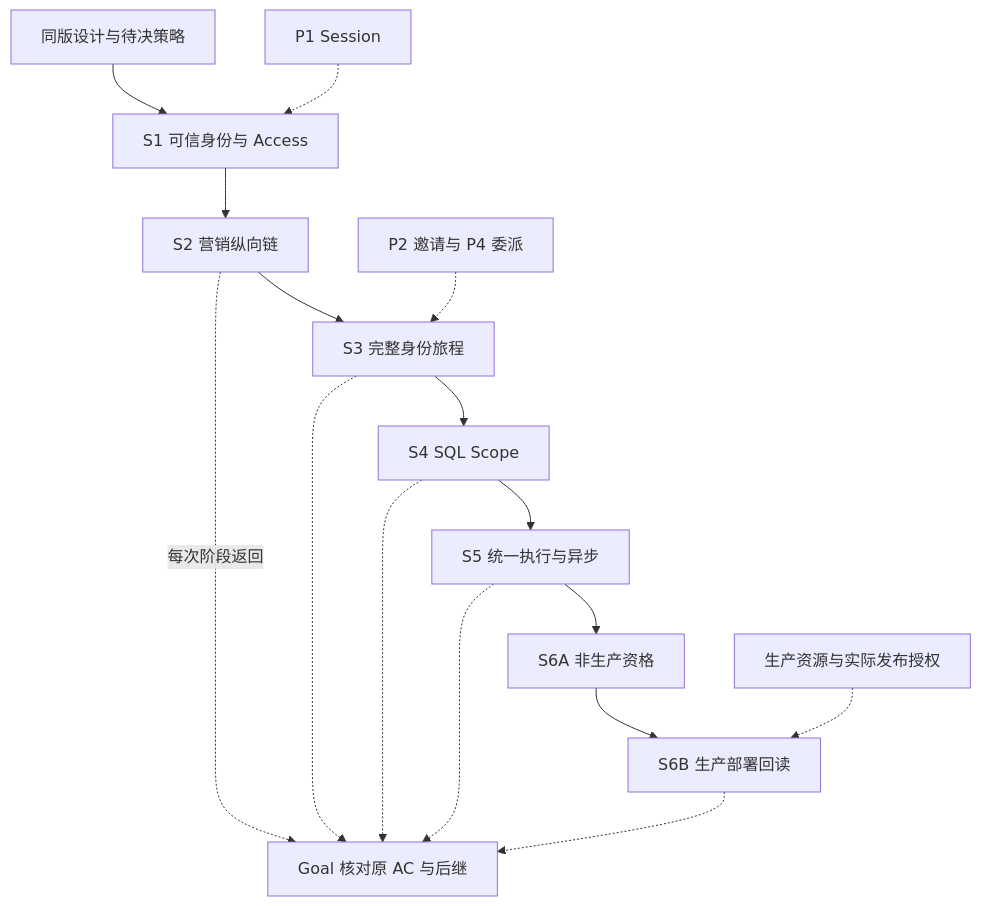
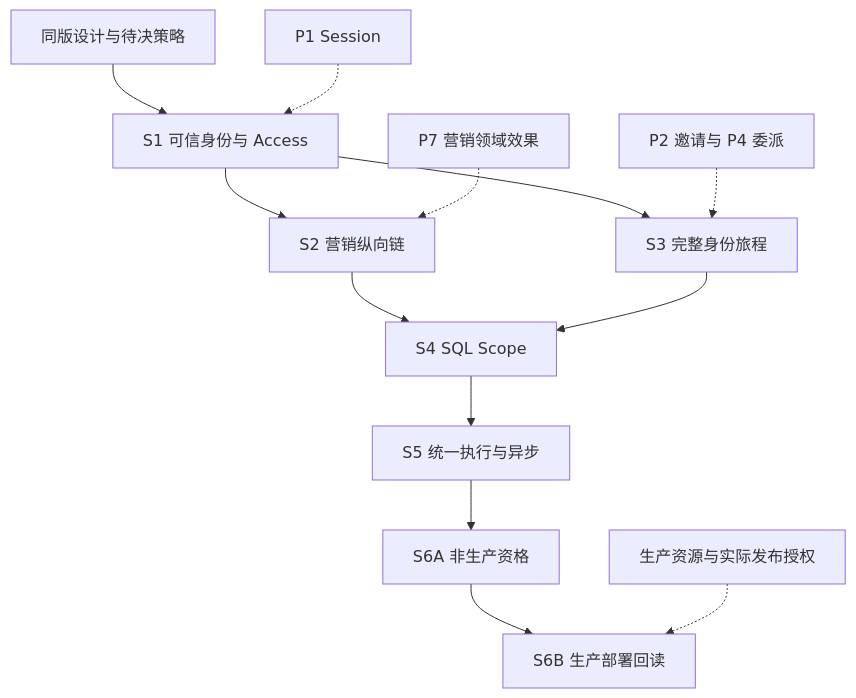
One commit to hvritual/cs-biz changed the diagram in doc/tasks/f-series/rounds/r002/flow.mmd. Above: the diagram before and after it, drawn with Mermaid. The commit also changed 17 other files, not shown here.

```diff
--- a/doc/tasks/f-series/rounds/r002/flow.mmd
+++ b/doc/tasks/f-series/rounds/r002/flow.mmd
@@ -1,16 +1,13 @@
 flowchart TD
   D["同版设计与待决策略"] --> S1["S1 可信身份与 Access"]
   S1 --> S2["S2 营销纵向链"]
-  S2 --> S3["S3 完整身份旅程"]
+  S1 --> S3["S3 完整身份旅程"]
+  S2 --> S4
   S3 --> S4["S4 SQL Scope"]
   S4 --> S5["S5 统一执行与异步"]
   S5 --> S6A["S6A 非生产资格"]
   S6A --> S6B["S6B 生产部署回读"]
   P1["P1 Session"] -.-> S1
   P2["P2 邀请与 P4 委派"] -.-> S3
+  P7["P7 营销领域效果"] -.-> S2
   P6["生产资源与实际发布授权"] -.-> S6B
-  S2 -. "每次阶段返回" .-> G["Goal 核对原 AC 与后继"]
-  S3 -.-> G
-  S4 -.-> G
-  S5 -.-> G
-  S6B -.-> G
```
